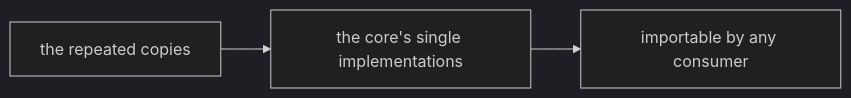
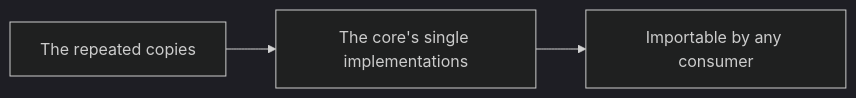
Before and after one commit to PlayForm/Site-DeepSeek: the diagram in Source/Content/Mermaid/core-problem-once.mmd, drawn with Mermaid (dark theme). The commit also changed 341 other files, not shown here.

```diff
--- a/Source/Content/Mermaid/core-problem-once.mmd
+++ b/Source/Content/Mermaid/core-problem-once.mmd
@@ -1,3 +1,3 @@
 flowchart LR
-	COPIES["the repeated copies"] --> CORE["the core's single implementations"]
-	CORE --> ANY["importable by any consumer"]
+	COPIES["The repeated copies"] --> CORE["The core's single implementations"]
+	CORE --> ANY["Importable by any consumer"]
```
